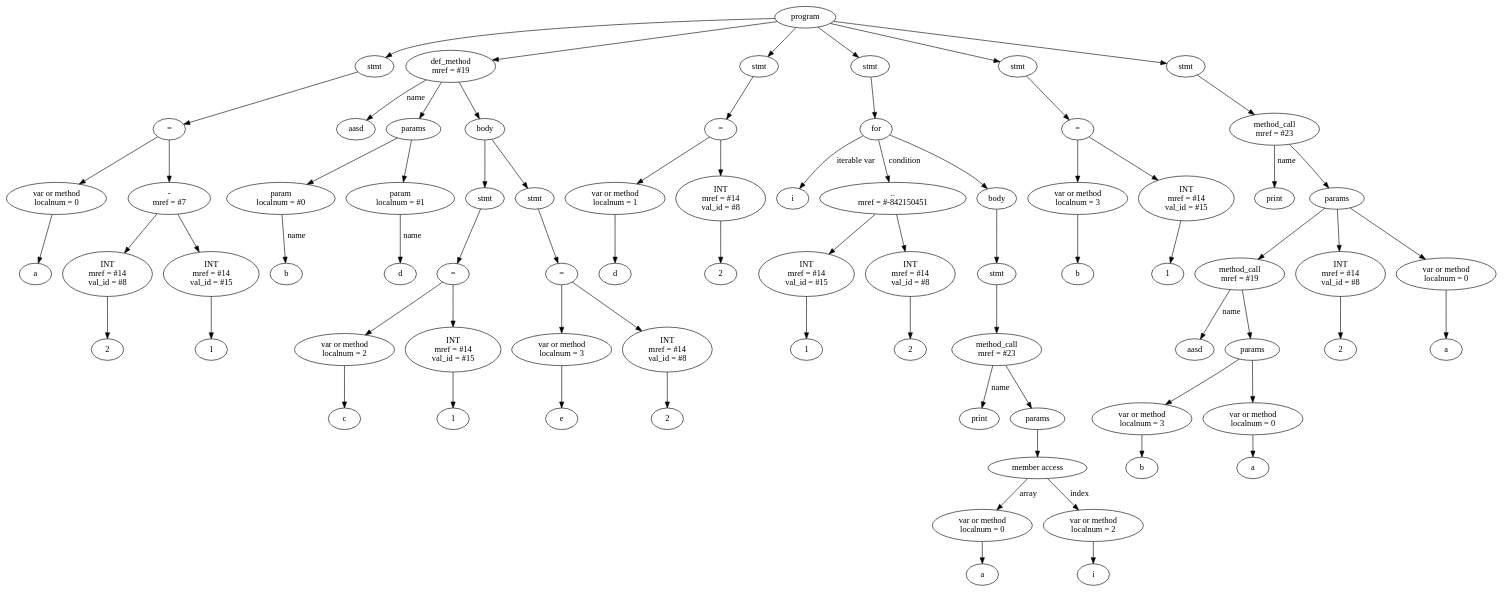
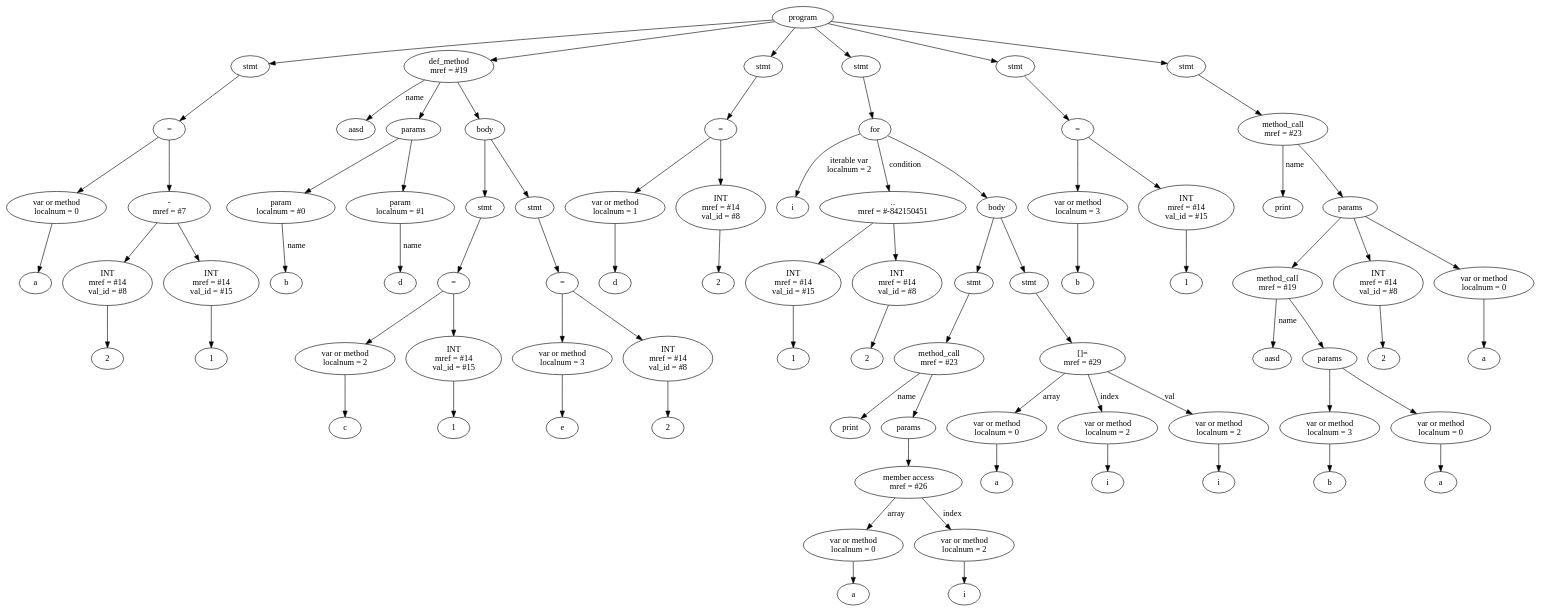
Before and after one commit to Kulakov-Nikita/RubyCompiler: the diagram in RubyCompiler/tree.dot, drawn with Graphviz. The commit also changed 5 other files, not shown here.

```diff
--- a/RubyCompiler/tree.dot
+++ b/RubyCompiler/tree.dot
@@ -1,151 +1,167 @@
 digraph G {
-Id00C95D50 [label="program"]
-Id00C93E50 [label="stmt"]
-Id00C93DF0 [label="="]
-Id00C851E8 [label="var or method\n localnum = 0"]
-IdVal00C851E8 [label="a"]
-Id00C851E8->IdVal00C851E8
-Id00C93D90 [label="-\n mref = #7"]
-Id00C93CD0 [label="INT\n mref = #14\n val_id = #8"]
-IdVal00C93CD0 [label="2"]
-Id00C93CD0->IdVal00C93CD0
-Id00C93D30 [label="INT\n mref = #14\n val_id = #15"]
-IdVal00C93D30 [label="1"]
-Id00C93D30->IdVal00C93D30
-Id00C93D90->Id00C93CD0
-Id00C93D90->Id00C93D30
-Id00C93DF0->Id00C851E8
-Id00C93DF0->Id00C93D90
-Id00C93E50->Id00C93DF0
-Id00C95D50->Id00C93E50
-Id00C94A68 [label="def_method\n mref = #19"]
-IdName00C94A68 [label="aasd"]
-Id00C94A68->IdName00C94A68 [label = "name"]
-Id00C8E588 [label="params"]
-Id00C93EE0 [label="param\n localnum = #0"]
-Id00C8E588->Id00C93EE0
-IdNameVal00C93EE0 [label="b"]
-Id00C93EE0->IdNameVal00C93EE0 [label="name"]
-Id00C93F50 [label="param\n localnum = #1"]
-Id00C8E588->Id00C93F50
-IdNameVal00C93F50 [label="d"]
-Id00C93F50->IdNameVal00C93F50 [label="name"]
-Id00C94A68->Id00C8E588
-Id00C8DFD8 [label="body"]
-Id00C94598 [label="stmt"]
-Id00C94080 [label="="]
-Id00C93FC0 [label="var or method\n localnum = 2"]
-IdVal00C93FC0 [label="c"]
-Id00C93FC0->IdVal00C93FC0
-Id00C94020 [label="INT\n mref = #14\n val_id = #15"]
-IdVal00C94020 [label="1"]
-Id00C94020->IdVal00C94020
-Id00C94080->Id00C93FC0
-Id00C94080->Id00C94020
-Id00C94598->Id00C94080
-Id00C8DFD8->Id00C94598
-Id00C94278 [label="stmt"]
-Id00C949D8 [label="="]
-Id00C94918 [label="var or method\n localnum = 3"]
-IdVal00C94918 [label="e"]
-Id00C94918->IdVal00C94918
-Id00C94978 [label="INT\n mref = #14\n val_id = #8"]
-IdVal00C94978 [label="2"]
-Id00C94978->IdVal00C94978
-Id00C949D8->Id00C94918
-Id00C949D8->Id00C94978
-Id00C94278->Id00C949D8
-Id00C8DFD8->Id00C94278
-Id00C94A68->Id00C8DFD8
-Id00C95D50->Id00C94A68
-Id00C94408 [label="stmt"]
-Id00C94E10 [label="="]
-Id00C94AE8 [label="var or method\n localnum = 1"]
-IdVal00C94AE8 [label="d"]
-Id00C94AE8->IdVal00C94AE8
-Id00C94C30 [label="INT\n mref = #14\n val_id = #8"]
-IdVal00C94C30 [label="2"]
-Id00C94C30->IdVal00C94C30
-Id00C94E10->Id00C94AE8
-Id00C94E10->Id00C94C30
-Id00C94408->Id00C94E10
-Id00C95D50->Id00C94408
-Id00C94688 [label="stmt"]
-Id00C95420 [label="for"]
-IdItersName00C95420 [label="i"]
-Id00C95420->IdItersName00C95420  [label="iterable var"]
-Id00C94BD0 [label="..\n mref = #-842150451"]
-Id00C94F90 [label="INT\n mref = #14\n val_id = #15"]
-IdVal00C94F90 [label="1"]
-Id00C94F90->IdVal00C94F90
-Id00C950B0 [label="INT\n mref = #14\n val_id = #8"]
-IdVal00C950B0 [label="2"]
-Id00C950B0->IdVal00C950B0
-Id00C94BD0->Id00C94F90
-Id00C94BD0->Id00C950B0
-Id00C95420->Id00C94BD0  [label="condition"]
-IdBody00C95420 [label="body"]
-Id00C947C8 [label="stmt"]
-Id00C94FF0 [label="method_call\n mref = #23"]
-IdMethodNameVal00C94FF0 [label="print"]
-Id00C94FF0->IdMethodNameVal00C94FF0 [label="name"]
-Id00C8E010 [label="params"]
-Id00C94FF0->Id00C8E010
-Id00C94CF0 [label = "member access"]
-Id00C95290 [label="var or method\n localnum = 0"]
-IdVal00C95290 [label="a"]
-Id00C95290->IdVal00C95290
-Id00C94C90 [label="var or method\n localnum = 2"]
-IdVal00C94C90 [label="i"]
-Id00C94C90->IdVal00C94C90
-Id00C94CF0->Id00C95290 [label = "array"]
-Id00C94CF0->Id00C94C90 [label = "index"]
-Id00C8E010->Id00C94CF0
-Id00C947C8->Id00C94FF0
-IdBody00C95420->Id00C947C8
-Id00C95420->IdBody00C95420
-Id00C94688->Id00C95420
-Id00C95D50->Id00C94688
-Id00C948B8 [label="stmt"]
-Id00C94B70 [label="="]
-Id00C95110 [label="var or method\n localnum = 3"]
-IdVal00C95110 [label="b"]
-Id00C95110->IdVal00C95110
-Id00C951D0 [label="INT\n mref = #14\n val_id = #15"]
-IdVal00C951D0 [label="1"]
-Id00C951D0->IdVal00C951D0
-Id00C94B70->Id00C95110
-Id00C94B70->Id00C951D0
-Id00C948B8->Id00C94B70
-Id00C95D50->Id00C948B8
-Id00C94638 [label="stmt"]
-Id00C94E70 [label="method_call\n mref = #23"]
-IdMethodNameVal00C94E70 [label="print"]
-Id00C94E70->IdMethodNameVal00C94E70 [label="name"]
-Id00C8E128 [label="params"]
-Id00C94E70->Id00C8E128
-Id00C95230 [label="method_call\n mref = #19"]
-IdMethodNameVal00C95230 [label="aasd"]
-Id00C95230->IdMethodNameVal00C95230 [label="name"]
-Id00C8E080 [label="params"]
-Id00C95230->Id00C8E080
-Id00C94D50 [label="var or method\n localnum = 3"]
-IdVal00C94D50 [label="b"]
-Id00C94D50->IdVal00C94D50
-Id00C8E080->Id00C94D50
-Id00C95170 [label="var or method\n localnum = 0"]
-IdVal00C95170 [label="a"]
-Id00C95170->IdVal00C95170
-Id00C8E080->Id00C95170
-Id00C8E128->Id00C95230
-Id00C94DB0 [label="INT\n mref = #14\n val_id = #8"]
-IdVal00C94DB0 [label="2"]
-Id00C94DB0->IdVal00C94DB0
-Id00C8E128->Id00C94DB0
-Id00C952F0 [label="var or method\n localnum = 0"]
-IdVal00C952F0 [label="a"]
-Id00C952F0->IdVal00C952F0
-Id00C8E128->Id00C952F0
-Id00C94638->Id00C94E70
-Id00C95D50->Id00C94638
+Id00EF7310 [label="program"]
+Id00EF5A78 [label="stmt"]
+Id00EF5A18 [label="="]
+Id00EEEA40 [label="var or method\n localnum = 0"]
+IdVal00EEEA40 [label="a"]
+Id00EEEA40->IdVal00EEEA40
+Id00EF59B8 [label="-\n mref = #7"]
+Id00EEEAA0 [label="INT\n mref = #14\n val_id = #8"]
+IdVal00EEEAA0 [label="2"]
+Id00EEEAA0->IdVal00EEEAA0
+Id00EF5958 [label="INT\n mref = #14\n val_id = #15"]
+IdVal00EF5958 [label="1"]
+Id00EF5958->IdVal00EF5958
+Id00EF59B8->Id00EEEAA0
+Id00EF59B8->Id00EF5958
+Id00EF5A18->Id00EEEA40
+Id00EF5A18->Id00EF59B8
+Id00EF5A78->Id00EF5A18
+Id00EF7310->Id00EF5A78
+Id00EF66C0 [label="def_method\n mref = #19"]
+IdName00EF66C0 [label="aasd"]
+Id00EF66C0->IdName00EF66C0 [label = "name"]
+Id00EEFE28 [label="params"]
+Id00EF5B38 [label="param\n localnum = #0"]
+Id00EEFE28->Id00EF5B38
+IdNameVal00EF5B38 [label="b"]
+Id00EF5B38->IdNameVal00EF5B38 [label="name"]
+Id00EF5BA8 [label="param\n localnum = #1"]
+Id00EEFE28->Id00EF5BA8
+IdNameVal00EF5BA8 [label="d"]
+Id00EF5BA8->IdNameVal00EF5BA8 [label="name"]
+Id00EF66C0->Id00EEFE28
+Id00EF0138 [label="body"]
+Id00EF61F0 [label="stmt"]
+Id00EF5CD8 [label="="]
+Id00EF5C18 [label="var or method\n localnum = 2"]
+IdVal00EF5C18 [label="c"]
+Id00EF5C18->IdVal00EF5C18
+Id00EF5C78 [label="INT\n mref = #14\n val_id = #15"]
+IdVal00EF5C78 [label="1"]
+Id00EF5C78->IdVal00EF5C78
+Id00EF5CD8->Id00EF5C18
+Id00EF5CD8->Id00EF5C78
+Id00EF61F0->Id00EF5CD8
+Id00EF0138->Id00EF61F0
+Id00EF64C0 [label="stmt"]
+Id00EF6630 [label="="]
+Id00EF6570 [label="var or method\n localnum = 3"]
+IdVal00EF6570 [label="e"]
+Id00EF6570->IdVal00EF6570
+Id00EF65D0 [label="INT\n mref = #14\n val_id = #8"]
+IdVal00EF65D0 [label="2"]
+Id00EF65D0->IdVal00EF65D0
+Id00EF6630->Id00EF6570
+Id00EF6630->Id00EF65D0
+Id00EF64C0->Id00EF6630
+Id00EF0138->Id00EF64C0
+Id00EF66C0->Id00EF0138
+Id00EF7310->Id00EF66C0
+Id00EF60B0 [label="stmt"]
+Id00EF6BE8 [label="="]
+Id00EF6740 [label="var or method\n localnum = 1"]
+IdVal00EF6740 [label="d"]
+Id00EF6740->IdVal00EF6740
+Id00EF6B28 [label="INT\n mref = #14\n val_id = #8"]
+IdVal00EF6B28 [label="2"]
+Id00EF6B28->IdVal00EF6B28
+Id00EF6BE8->Id00EF6740
+Id00EF6BE8->Id00EF6B28
+Id00EF60B0->Id00EF6BE8
+Id00EF7310->Id00EF60B0
+Id00EF5F20 [label="stmt"]
+Id00EF74B0 [label="for"]
+IdItersName00EF74B0 [label="i"]
+Id00EF74B0->IdItersName00EF74B0  [label="iterable var\n localnum = 2"]
+Id00EF6EE8 [label="..\n mref = #-842150451"]
+Id00EF6828 [label="INT\n mref = #14\n val_id = #15"]
+IdVal00EF6828 [label="1"]
+Id00EF6828->IdVal00EF6828
+Id00EF6D08 [label="INT\n mref = #14\n val_id = #8"]
+IdVal00EF6D08 [label="2"]
+Id00EF6D08->IdVal00EF6D08
+Id00EF6EE8->Id00EF6828
+Id00EF6EE8->Id00EF6D08
+Id00EF74B0->Id00EF6EE8  [label="condition"]
+IdBody00EF74B0 [label="body"]
+Id00EF63D0 [label="stmt"]
+Id00EF6E28 [label="method_call\n mref = #23"]
+IdMethodNameVal00EF6E28 [label="print"]
+Id00EF6E28->IdMethodNameVal00EF6E28 [label="name"]
+Id00EEFF78 [label="params"]
+Id00EF6E28->Id00EEFF78
+Id00EF68E8 [label = "member access\n mref = #26"]
+Id00EF6DC8 [label="var or method\n localnum = 0"]
+IdVal00EF6DC8 [label="a"]
+Id00EF6DC8->IdVal00EF6DC8
+Id00EF6F48 [label="var or method\n localnum = 2"]
+IdVal00EF6F48 [label="i"]
+Id00EF6F48->IdVal00EF6F48
+Id00EF68E8->Id00EF6DC8 [label = "array"]
+Id00EF68E8->Id00EF6F48 [label = "index"]
+Id00EEFF78->Id00EF68E8
+Id00EF63D0->Id00EF6E28
+IdBody00EF74B0->Id00EF63D0
+Id00EF5D90 [label="stmt"]
+Id00EF67C8 [label="[]=\nmref = #29"]
+Id00EF69A8 [label="var or method\n localnum = 0"]
+IdVal00EF69A8 [label="a"]
+Id00EF69A8->IdVal00EF69A8
+Id00EF67C8->Id00EF69A8 [label = "array"]
+Id00EF6B88 [label="var or method\n localnum = 2"]
+IdVal00EF6B88 [label="i"]
+Id00EF6B88->IdVal00EF6B88
+Id00EF67C8->Id00EF6B88 [label = "index"]
+Id00EF6C48 [label="var or method\n localnum = 2"]
+IdVal00EF6C48 [label="i"]
+Id00EF6C48->IdVal00EF6C48
+Id00EF67C8->Id00EF6C48 [label = "val"]
+Id00EF5D90->Id00EF67C8
+IdBody00EF74B0->Id00EF5D90
+Id00EF74B0->IdBody00EF74B0
+Id00EF5F20->Id00EF74B0
+Id00EF7310->Id00EF5F20
+Id00EF6330 [label="stmt"]
+Id00EF6D68 [label="="]
+Id00EF6888 [label="var or method\n localnum = 3"]
+IdVal00EF6888 [label="b"]
+Id00EF6888->IdVal00EF6888
+Id00EF6948 [label="INT\n mref = #14\n val_id = #15"]
+IdVal00EF6948 [label="1"]
+Id00EF6948->IdVal00EF6948
+Id00EF6D68->Id00EF6888
+Id00EF6D68->Id00EF6948
+Id00EF6330->Id00EF6D68
+Id00EF7310->Id00EF6330
+Id00EF6420 [label="stmt"]
+Id00EF77E0 [label="method_call\n mref = #23"]
+IdMethodNameVal00EF77E0 [label="print"]
+Id00EF77E0->IdMethodNameVal00EF77E0 [label="name"]
+Id00EF03A0 [label="params"]
+Id00EF77E0->Id00EF03A0
+Id00EF6A68 [label="method_call\n mref = #19"]
+IdMethodNameVal00EF6A68 [label="aasd"]
+Id00EF6A68->IdMethodNameVal00EF6A68 [label="name"]
+Id00EEFF40 [label="params"]
+Id00EF6A68->Id00EEFF40
+Id00EF6A08 [label="var or method\n localnum = 3"]
+IdVal00EF6A08 [label="b"]
+Id00EF6A08->IdVal00EF6A08
+Id00EEFF40->Id00EF6A08
+Id00EF6E88 [label="var or method\n localnum = 0"]
+IdVal00EF6E88 [label="a"]
+Id00EF6E88->IdVal00EF6E88
+Id00EEFF40->Id00EF6E88
+Id00EF03A0->Id00EF6A68
+Id00EF6AC8 [label="INT\n mref = #14\n val_id = #8"]
+IdVal00EF6AC8 [label="2"]
+Id00EF6AC8->IdVal00EF6AC8
+Id00EF03A0->Id00EF6AC8
+Id00EF7B40 [label="var or method\n localnum = 0"]
+IdVal00EF7B40 [label="a"]
+Id00EF7B40->IdVal00EF7B40
+Id00EF03A0->Id00EF7B40
+Id00EF6420->Id00EF77E0
+Id00EF7310->Id00EF6420
 }
```
